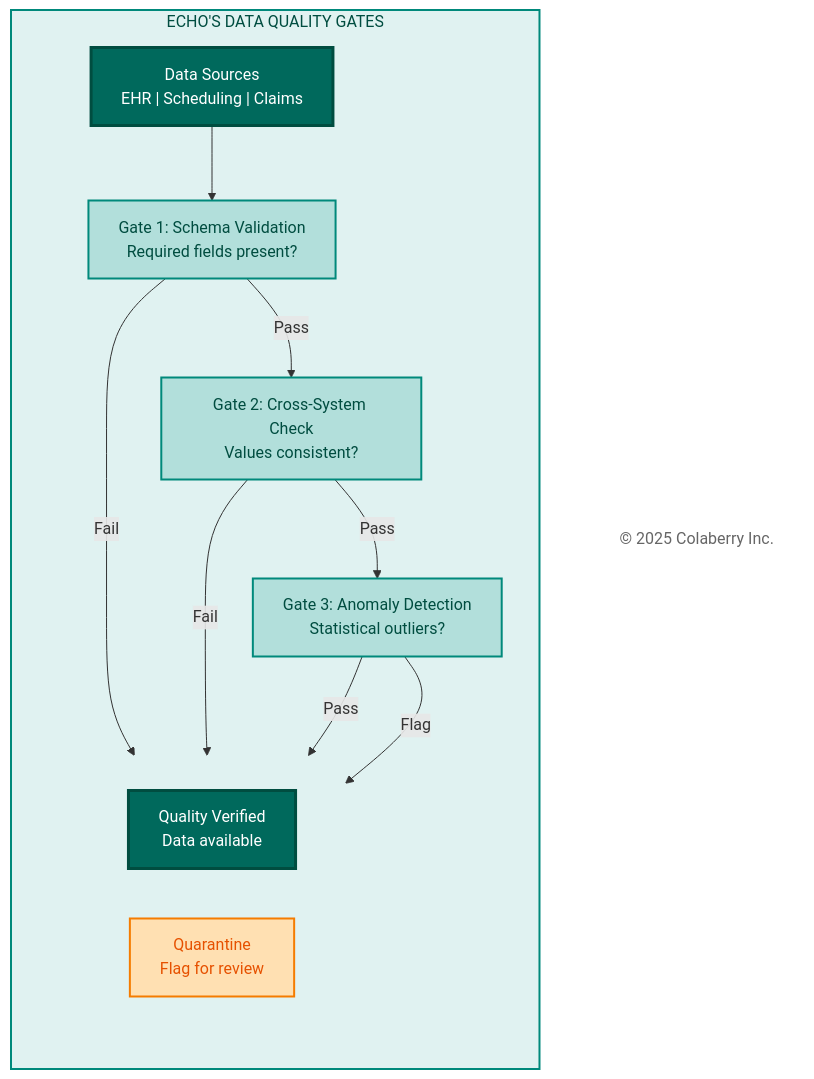
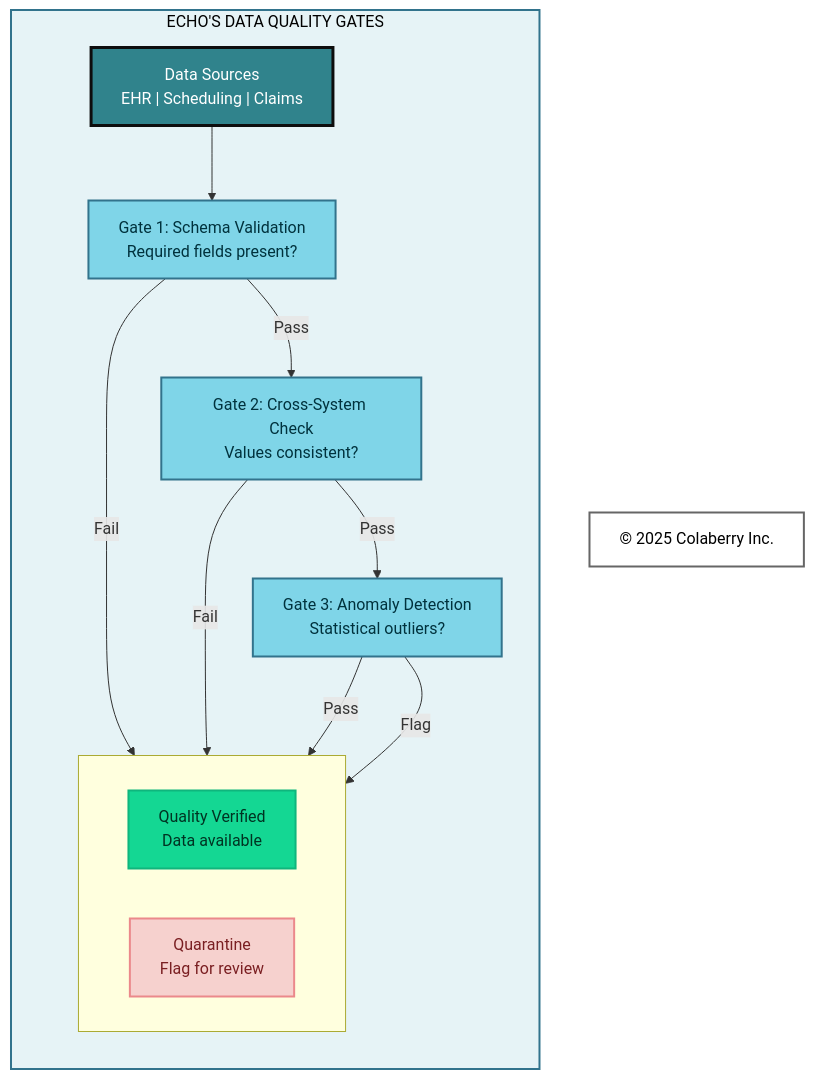
Before and after one commit to saitejesh-cyber/trust-before-intelligence-book: the seventh of 11 diagrams in manuscript/09_chapter_8_architecture_of_trust_in_action.md, drawn with Mermaid. The commit also changed other lines of this file, not shown here.

Commit message:
Update mermaid diagrams as per new coloberry color and contrast ratio for chapter 9

````diff
--- a/manuscript/09_chapter_8_architecture_of_trust_in_action.md
+++ b/manuscript/09_chapter_8_architecture_of_trust_in_action.md
@@ -572,39 +572,39 @@
 ```mermaid
 
 graph TB
     subgraph QUALITY["ECHO'S DATA QUALITY GATES"]
         direction TB
         SOURCE["Data Sources<br/>EHR | Scheduling | Claims"]
         
         GATE1["Gate 1: Schema Validation<br/>Required fields present?"]
         GATE2["Gate 2: Cross-System Check<br/>Values consistent?"]
         GATE3["Gate 3: Anomaly Detection<br/>Statistical outliers?"]
         
         subgraph OUTCOMES[" "]
             direction LR
             PASS["Quality Verified<br/>Data available"]
             QUARANTINE["Quarantine<br/>Flag for review"]
         end
     end
     
     Copyright["© 2025 Colaberry Inc."]
     
     SOURCE --> GATE1
     GATE1 -->|"Pass"| GATE2
     GATE1 -->|"Fail"| QUARANTINE
     GATE2 -->|"Pass"| GATE3
     GATE2 -->|"Fail"| QUARANTINE
     GATE3 -->|"Pass"| PASS
     GATE3 -->|"Flag"| QUARANTINE
     
-    style QUALITY fill:#e0f2f1,stroke:#00897b,stroke-width:2px,color:#004d40
-    style SOURCE fill:#00695c,color:#ffffff,stroke:#004d40,stroke-width:3px
-    style GATE1 fill:#b2dfdb,stroke:#00897b,stroke-width:2px,color:#004d40
-    style GATE2 fill:#b2dfdb,stroke:#00897b,stroke-width:2px,color:#004d40
-    style GATE3 fill:#b2dfdb,stroke:#00897b,stroke-width:2px,color:#004d40
-    style OUTCOMES fill:none,stroke:none
-    style PASS fill:#00695c,color:#ffffff,stroke:#004d40,stroke-width:3px
-    style QUARANTINE fill:#ffe0b2,stroke:#f57c00,stroke-width:2px,color:#e65100
-    style Copyright fill:#ffffff,stroke:none,color:#666666
+    style QUALITY fill:#E6F3F6,stroke:#32738C,stroke-width:2px,color:#000000
+    style SOURCE fill:#30838C,stroke:#0D0D0D,stroke-width:3px,color:#ffffff
+    style GATE1 fill:#7FD5E8,stroke:#32738C,stroke-width:2px,color:#00323D
+    style GATE2 fill:#7FD5E8,stroke:#32738C,stroke-width:2px,color:#00323D
+    style GATE3 fill:#7FD5E8,stroke:#32738C,stroke-width:2px,color:#00323D
+    style PASS fill:#14D793,stroke:#0FB67D,stroke-width:2px,color:#003322
+    style QUARANTINE fill:#F6D1CE,stroke:#EB898B,stroke-width:2px,color:#7A1F22
+    style Copyright fill:#ffffff,stroke:#666666,stroke-width:2px,color:#000000
+
 
 ```
````
